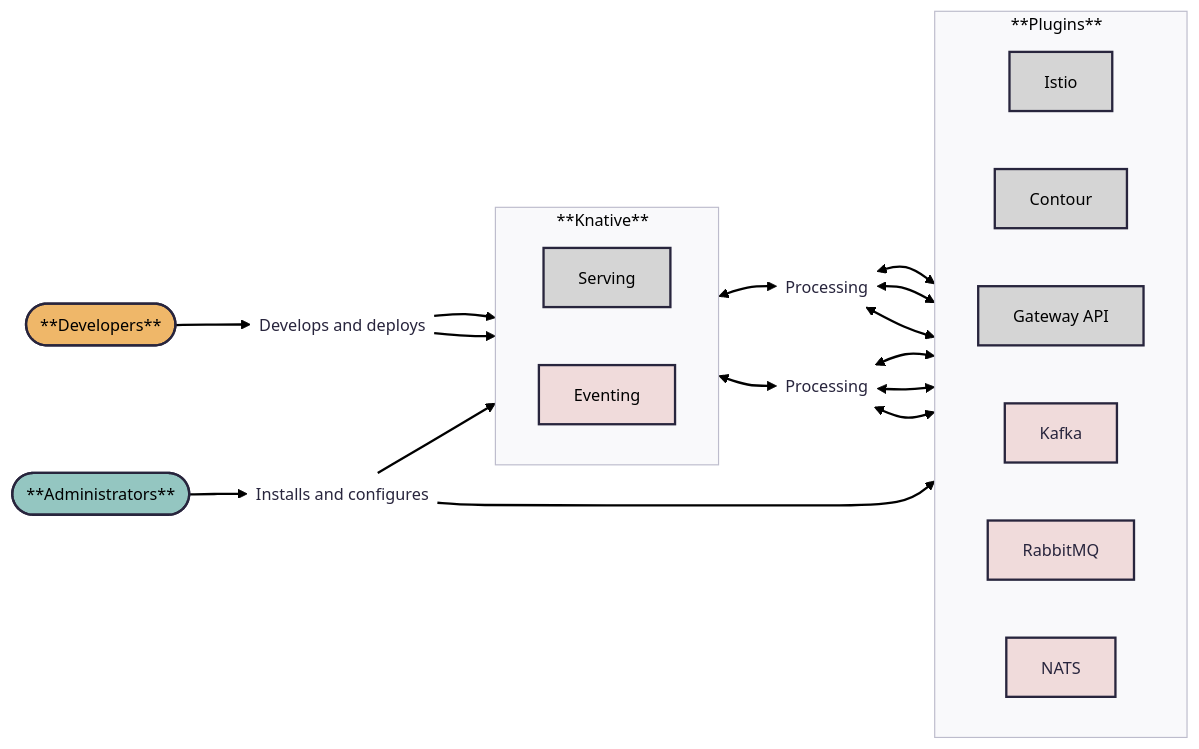
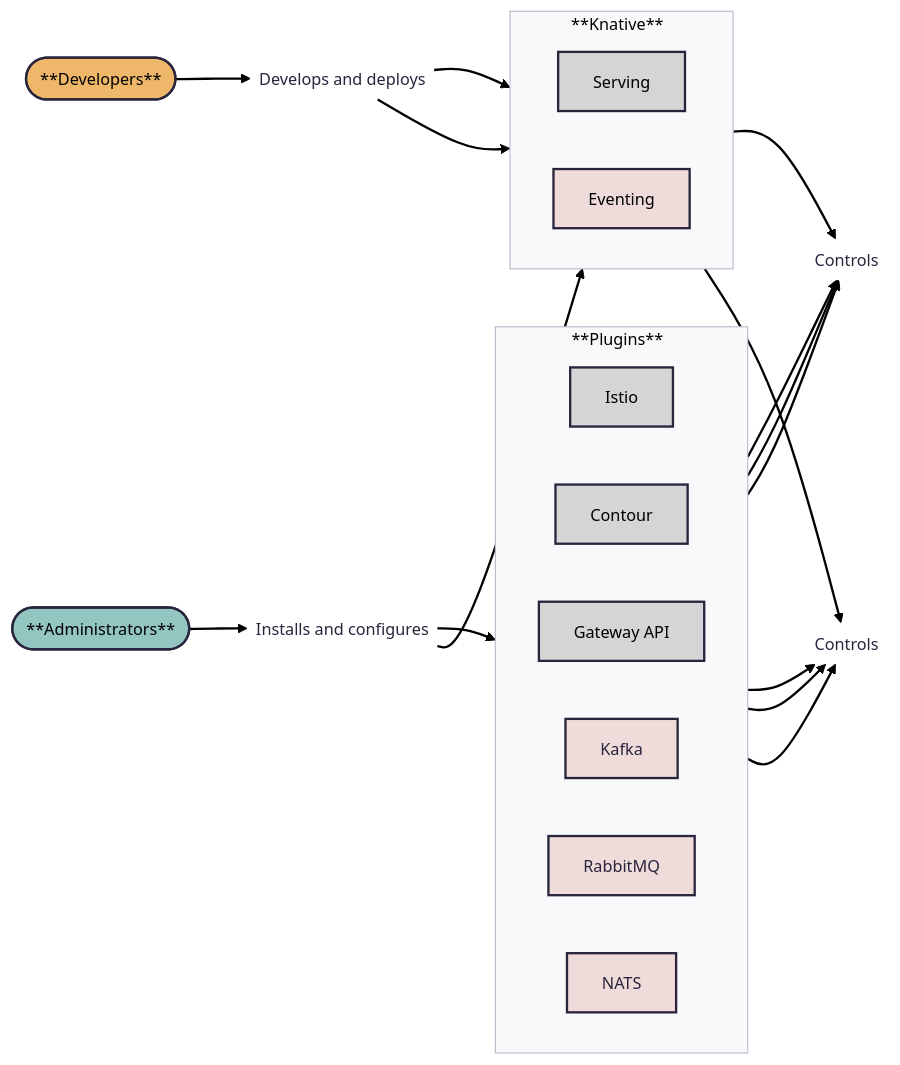
The diagram in docs/versioned/admin/admin-overview.md (knative/docs), drawn with Mermaid before and after one commit.

Commit message:
Update admin-overview.md
mermaid test

````diff
--- a/docs/versioned/admin/admin-overview.md
+++ b/docs/versioned/admin/admin-overview.md
@@ -14,51 +14,56 @@
 ```mermaid
 ---
 config:
   theme: redux
-  layout: dagre
+  layout: fixed
   look: classic
 ---
 flowchart LR
  subgraph Knative["**Knative**&nbsp;&nbsp;"]
     direction LR
         Serving["Serving"]
         Eventing["Eventing"]
   end
  subgraph Plugins["**Plugins**&nbsp;&nbsp;"]
     direction LR
         net-istio["Istio"]
         net-contour["Contour"]
         net-gateway-api["Gateway API"]
         event-kafka["Kafka"]
         event-rabbitmq["RabbitMQ"]
         event-nats["NATS"]
   end
     Dev(["**Developers**"]) --> dev-acts["Develops and deploys"]
     dev-acts --> Serving & Eventing
     Admin(["**Administrators**"]) --> admin-acts["Installs and configures"]
     admin-acts --> Knative & Plugins
-    Serving <--> net-impl["Processing"]
-    net-impl <--> net-istio & net-contour & net-gateway-api
-    Eventing <--> event-impl["Processing"]
-    event-impl <--> event-kafka & event-nats & event-rabbitmq
+    Serving --> net-impl["Controls"]
+    net-istio --> net-impl
+    net-contour --> net-impl
+    net-gateway-api --> net-impl
+    Eventing --> event-impl["Controls"]
+    event-kafka --> event-impl
+    event-rabbitmq --> event-impl
+    event-nats --> event-impl
     dev-acts@{ shape: text}
     admin-acts@{ shape: text}
     net-impl@{ shape: text}
     event-impl@{ shape: text}
     style Serving fill:#D5D5D5,color:#000000
     style Eventing fill:#F0DBDB,color:#000000
     style net-istio fill:#D5D5D5,color:#000000
     style net-contour fill:#D5D5D5,color:#000000
     style net-gateway-api fill:#D5D5D5,color:#000000
     style event-kafka fill:#F0DBDB
     style event-rabbitmq fill:#F0DBDB
     style event-nats fill:#F0DBDB
     style Dev fill:#EFB769,color:#000000
     style dev-acts fill:transparent
     style Admin fill:#94C6C1,color:#000000
     style admin-acts fill:transparent
     style Knative text-align: left
     style Plugins text-align: left
     style net-impl fill:transparent
     style event-impl fill:transparent
+
 ```
````
